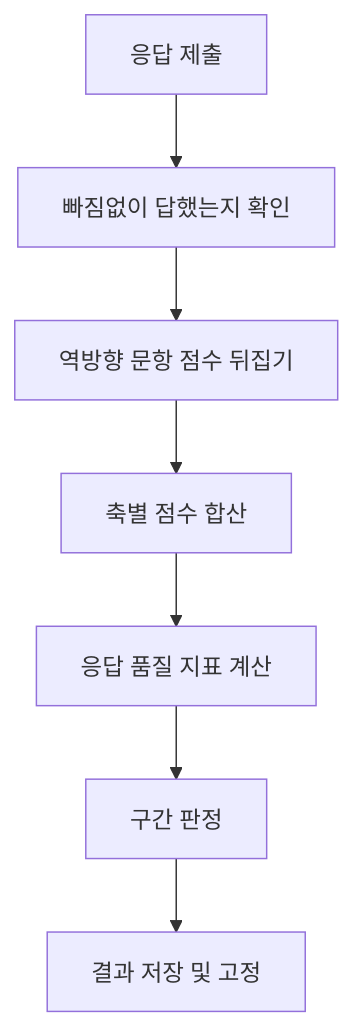
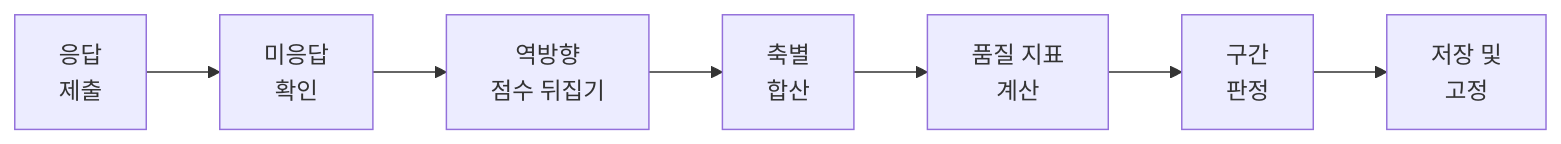
Before and after one commit to Kodol05/survey-design-docs: the diagram in docs/05_시스템_보고서.md, drawn with Mermaid. The commit also changed other lines of this file and 2 other files, not shown here.

````diff
--- a/docs/05_시스템_보고서.md
+++ b/docs/05_시스템_보고서.md
@@ -203,9 +206,4 @@
 ```mermaid
-flowchart TB
-  A["응답 제출"] --> B["빠짐없이 답했는지 확인"]
-  B --> C["역방향 문항 점수 뒤집기"]
-  C --> D["축별 점수 합산"]
-  D --> E["응답 품질 지표 계산"]
-  E --> F["구간 판정"]
-  F --> G["결과 저장 및 고정"]
+flowchart LR
+  A["응답<br/>제출"] --> B["미응답<br/>확인"] --> C["역방향<br/>점수 뒤집기"] --> D["축별<br/>합산"] --> E["품질 지표<br/>계산"] --> F["구간<br/>판정"] --> G["저장 및<br/>고정"]
 ```
````
